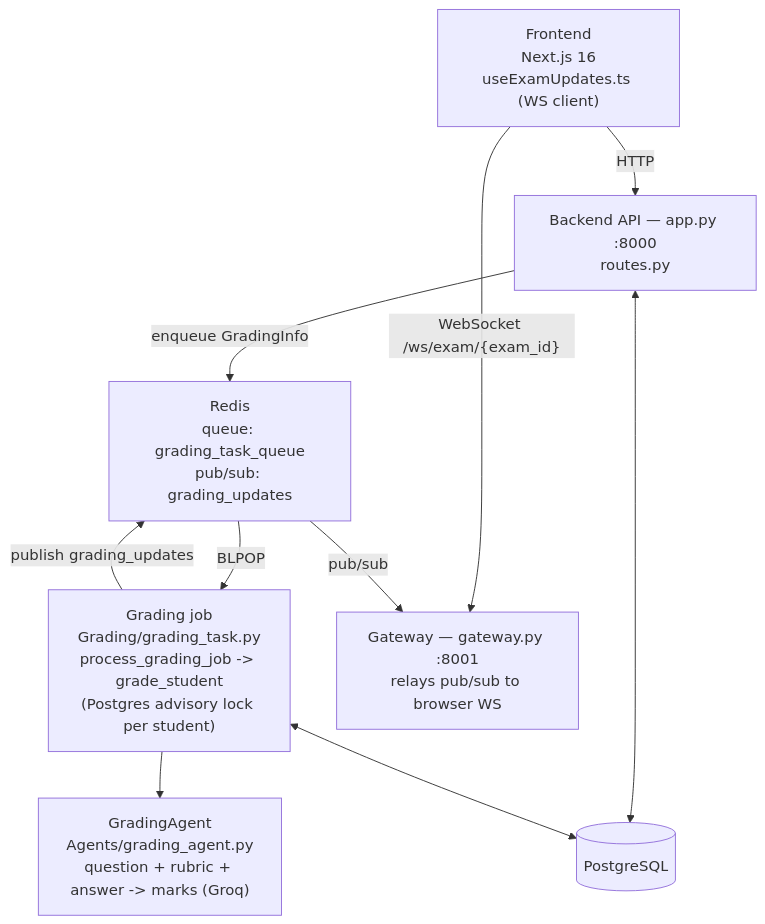
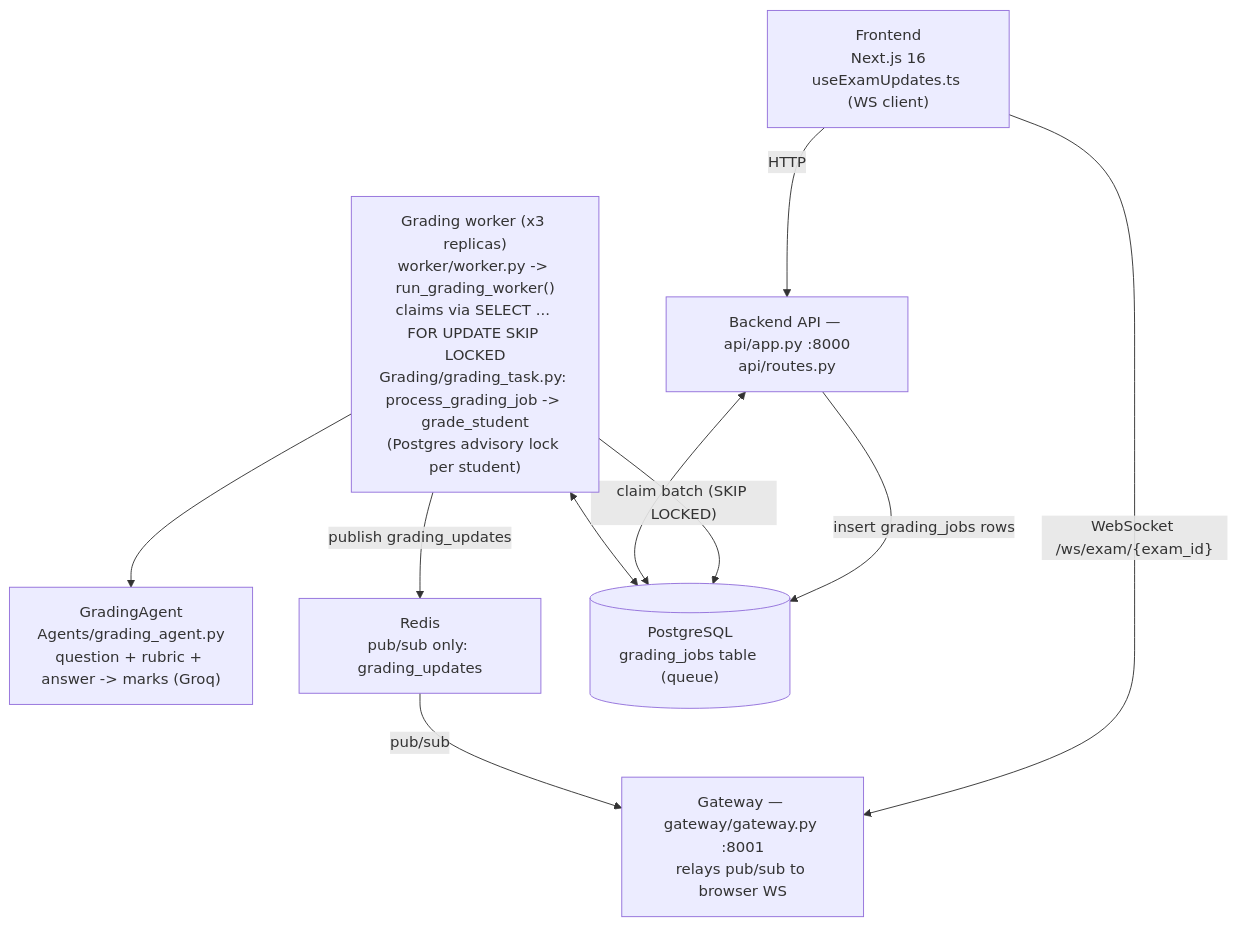
One commit to Geoff-Robin/InkGrader changed the first of 3 diagrams in ARCHITECTURE.md. Above: the diagram before and after it, drawn with Mermaid. The commit also changed other lines of this file, not shown here.

First line of the commit message:
Update ARCHITECTURE.md to reflect the api/worker/gateway split and Postgres queue

````diff
--- a/ARCHITECTURE.md
+++ b/ARCHITECTURE.md
@@ -15,39 +18,40 @@
 ```mermaid
 flowchart TB
     FE["Frontend
 Next.js 16
 useExamUpdates.ts (WS client)"]
 
-    Routes["Backend API — app.py :8000
-routes.py"]
+    Routes["Backend API — api/app.py :8000
+api/routes.py"]
 
-    Worker["Grading job
-Grading/grading_task.py
-process_grading_job -> grade_student
+    Worker["Grading worker (x3 replicas)
+worker/worker.py -> run_grading_worker()
+claims via SELECT ... FOR UPDATE SKIP LOCKED
+Grading/grading_task.py: process_grading_job -> grade_student
 (Postgres advisory lock per student)"]
 
     Agent["GradingAgent
 Agents/grading_agent.py
 question + rubric + answer -> marks (Groq)"]
 
-    GW["Gateway — gateway.py :8001
+    GW["Gateway — gateway/gateway.py :8001
 relays pub/sub to browser WS"]
 
     Redis["Redis
-queue: grading_task_queue
-pub/sub: grading_updates"]
+pub/sub only: grading_updates"]
 
-    DB[("PostgreSQL")]
+    DB[("PostgreSQL
+grading_jobs table (queue)")]
 
     FE -- HTTP --> Routes
     FE -- "WebSocket /ws/exam/{exam_id}" --> GW
 
-    Routes -- enqueue GradingInfo --> Redis
-    Redis -- BLPOP --> Worker
+    Routes -- "insert grading_jobs rows" --> DB
+    Worker -- "claim batch (SKIP LOCKED)" --> DB
     Worker --> Agent
     Worker -- publish grading_updates --> Redis
     Redis -- pub/sub --> GW
 
     Routes <--> DB
     Worker <--> DB
 ```
````
